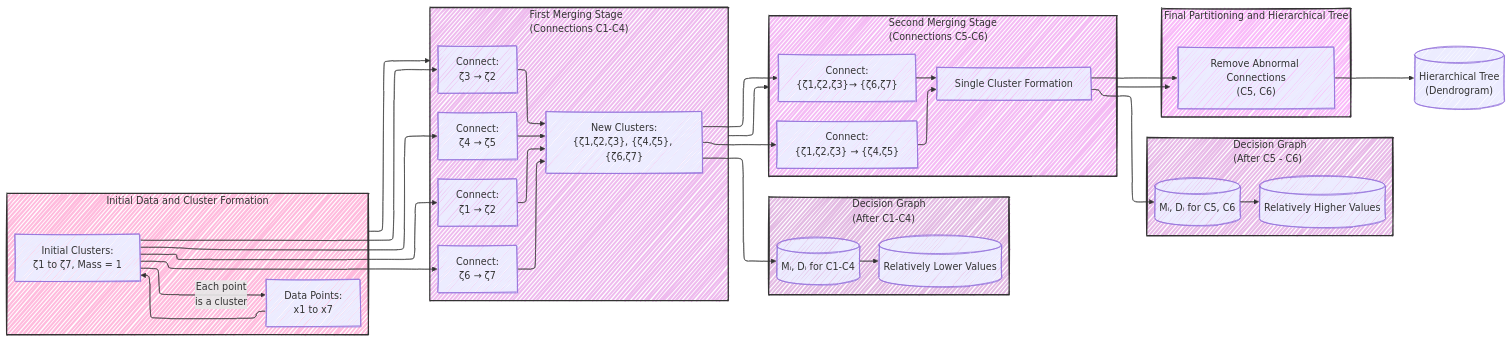
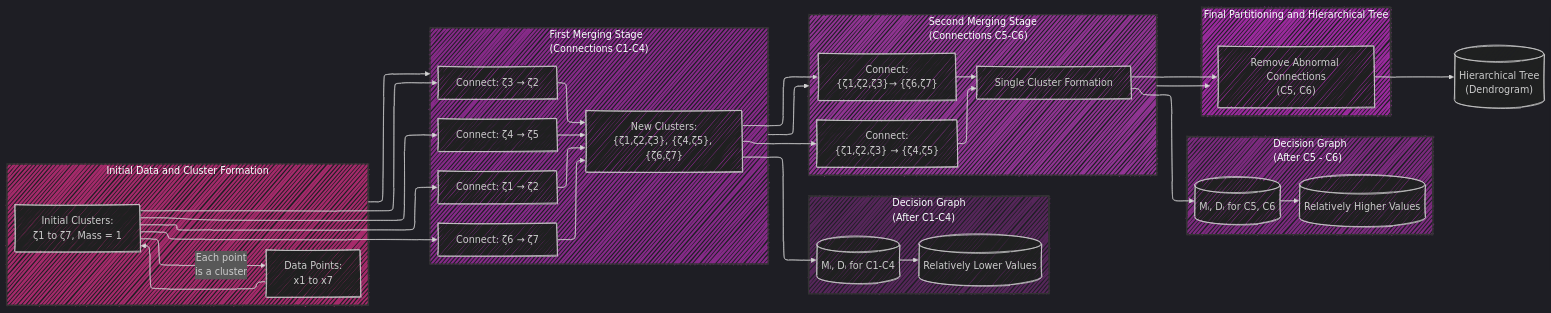
Before and after one commit to CongLeSolutionX/AlgoVerse: the third of 14 diagrams in IEEE/Torque_Clustering /Torque_Clustering_Mermaid_Diagrams_Draft_3.md, drawn with Mermaid. The commit also changed other lines of this file, not shown here.

````diff
--- a/IEEE/Torque_Clustering /Torque_Clustering_Mermaid_Diagrams_Draft_3.md
+++ b/IEEE/Torque_Clustering /Torque_Clustering_Mermaid_Diagrams_Draft_3.md
@@ -263,79 +180,80 @@
 ```mermaid
 ---
 config:
   layout: elk
   look: handDrawn
-  theme: default
+  theme: dark
 ---
 graph LR
     %% Subgraph for Initial Data and Cluster Formation
     subgraph InitialState["Initial Data and Cluster Formation"]
-    style InitialState fill:#f395,stroke:#333,stroke-width:2px
-        A[Data Points:<br>x1 to x7]
-        A --> B1[Initial Clusters:<br>ζ1 to ζ7, Mass = 1]
+    style InitialState fill:#f399,stroke:#333,stroke-width:2px
+    A[Data Points:<br>x1 to x7]
+    A --> B1[Initial Clusters:<br>ζ1 to ζ7, Mass = 1]
     end
     %% Arrows to show initial one-to-one relationship
     B1 --> |Each point<br>is a cluster| A
 
     %% Subgraph for First Merging Stage
     subgraph FirstMerging["First Merging Stage<br>(Connections C1-C4)"]
-    style FirstMerging fill:#c3c5,stroke:#333,stroke-width:2px
-        C1[Connect:<br>ζ1 → ζ2]
-        C2[Connect:<br>ζ3 → ζ2]
-        C3[Connect:<br>ζ4 → ζ5]
-        C4[Connect:<br>ζ6 → ζ7]
+    style FirstMerging fill:#c3c9,stroke:#333,stroke-width:2px
+        C1[Connect: ζ1 → ζ2]
+        C2[Connect: ζ3 → ζ2]
+        C3[Connect: ζ4 → ζ5]
+        C4[Connect: ζ6 → ζ7]
        
         B1 --> C1
         B1 --> C2
         B1 --> C3
         B1 --> C4
 
         C1 --> NewPoints["New Clusters:<br>{ζ1,ζ2,ζ3}, {ζ4,ζ5}, {ζ6,ζ7}"]
         C2 --> NewPoints
         C3 --> NewPoints
         C4 --> NewPoints
     end
 
     %% Subgraph for Decision Graph (C1-C4)
         subgraph DecisionGraphC1C4["Decision Graph<br>(After C1-C4)"]
-        style DecisionGraphC1C4 fill:#a3a5,stroke:#333,stroke-width:2px
-            DG1[("Mᵢ, Dᵢ for C1-C4")]
-            DG1 --> DG11[("Relatively Lower Values")]
+            style DecisionGraphC1C4 fill:#a3a6,stroke:#333,stroke-width:2px
+                DG1[("Mᵢ, Dᵢ for C1-C4")]
+                DG1 --> DG11[("Relatively Lower Values")]
         end
     NewPoints --> DG1
 
     %% Subgraph for Second Merging Stage
     subgraph SecondMerging["Second Merging Stage<br>(Connections C5-C6)"]
-    style SecondMerging fill:#d3d5,stroke:#333,stroke-width:2px
+    style SecondMerging fill:#d4d9,stroke:#333,stroke-width:2px
         C5["Connect:<br>{ζ1,ζ2,ζ3} → {ζ4,ζ5}"]
         C6["Connect:<br>{ζ1,ζ2,ζ3}→ {ζ6,ζ7}"]
      
         NewPoints --> C5
         NewPoints --> C6
         C5 --> BigCluster
         C6 --> BigCluster
         BigCluster[Single Cluster Formation]
     end
     %% Subgraph for Decision Graph (C5-C6)
         subgraph DecisionGraphC5C6["Decision Graph<br>(After C5 - C6)"]
-        style DecisionGraphC5C6 fill:#b3b5,stroke:#333,stroke-width:2px
-            DG2[("Mᵢ, Dᵢ for C5, C6")]
-            DG2 --> DG22[("Relatively Higher Values")]
+            style DecisionGraphC5C6 fill:#b3b9,stroke:#333,stroke-width:2px
+                DG2[("Mᵢ, Dᵢ for C5, C6")]
+                DG2 --> DG22[("Relatively Higher Values")]
         end
 
     BigCluster --> DG2
     %% Subgraph for Final Partitioning
     subgraph FinalPartitioning["Final Partitioning and Hierarchical Tree"]
-    style FinalPartitioning fill:#e3e5,stroke:#333,stroke-width:2px
-        FP["Remove Abnormal Connections<br>(C5, C6)"]
-        BigCluster --> FP
+    style FinalPartitioning fill:#e3e9,stroke:#333,stroke-width:2px
+          FP["Remove Abnormal Connections<br>(C5, C6)"]
+         BigCluster --> FP
     end
 
     %% Connections to Hierarchical Tree
     HierarchicalTree[("Hierarchical Tree<br>(Dendrogram)")]
     FP --> HierarchicalTree
     %% Connections between the stages to show the process flow
     InitialState --> FirstMerging
     FirstMerging --> SecondMerging
     SecondMerging --> FinalPartitioning
+    
 ```
````
